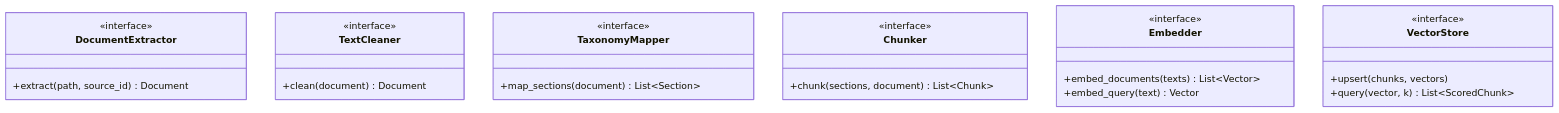
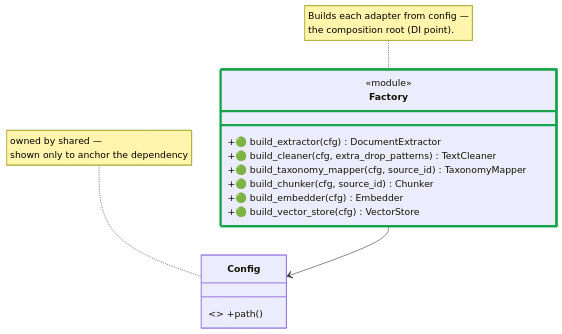
One commit to SzatanKluska/MCPSWEBOK changed the fourth of 19 diagrams in docs/architecture/system-class-diagram.md. Above: the diagram before and after it, drawn with Mermaid. The commit also changed other lines of this file and 2 other files, not shown here.

Commit message:
update system-class-diagram

````diff
--- a/docs/architecture/system-class-diagram.md
+++ b/docs/architecture/system-class-diagram.md
@@ -97,29 +158,19 @@
 ```mermaid
 classDiagram
-  class DocumentExtractor {
-    <<interface>>
-    +extract(path, source_id) Document
+  class Factory {
+    <<module>>
+    +🟢 build_extractor(cfg) DocumentExtractor
+    +🟢 build_cleaner(cfg, extra_drop_patterns) TextCleaner
+    +🟢 build_taxonomy_mapper(cfg, source_id) TaxonomyMapper
+    +🟢 build_chunker(cfg, source_id) Chunker
+    +🟢 build_embedder(cfg) Embedder
+    +🟢 build_vector_store(cfg) VectorStore
   }
-  class TextCleaner {
-    <<interface>>
-    +clean(document) Document
-  }
-  class TaxonomyMapper {
-    <<interface>>
-    +map_sections(document) List~Section~
-  }
-  class Chunker {
-    <<interface>>
-    +chunk(sections, document) List~Chunk~
-  }
-  class Embedder {
-    <<interface>>
-    +embed_documents(texts) List~Vector~
-    +embed_query(text) Vector
-  }
-  class VectorStore {
-    <<interface>>
-    +upsert(chunks, vectors)
-    +query(vector, k) List~ScoredChunk~
-  }
+  class Config { <<type>> +path() }
+
+  Factory --> Config
+
+  note for Factory "Builds each adapter from config —<br/>the composition root (DI point)."
+  note for Config "owned by shared —<br/>shown only to anchor the dependency"
+  style Factory stroke:#16A34A,stroke-width:4px
 ```
````
